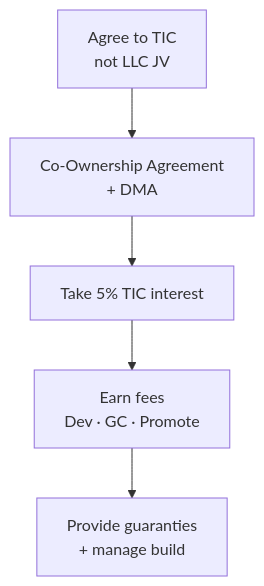
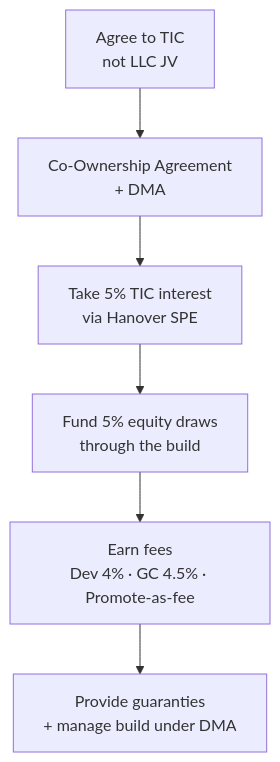
The fifth of 6 diagrams in North_Forsyth_1031_Diagrams.md (EthanCow/North-Forsyth-1031-Diagrams), drawn with Mermaid before and after one commit. The commit also changed other lines of this file and 1 other file, not shown here.

First line of the commit message:
Correct funding flow and Day 180 conveyance; add structure and liability detail.

````diff
--- a/North_Forsyth_1031_Diagrams.md
+++ b/North_Forsyth_1031_Diagrams.md
@@ -145,9 +210,10 @@
 ```mermaid
 flowchart TB
     H1["Agree to TIC\nnot LLC JV"]
     H2["Co-Ownership Agreement\n+ DMA"]
-    H3["Take 5% TIC interest"]
-    H4["Earn fees\nDev · GC · Promote"]
-    H5["Provide guaranties\n+ manage build"]
-    H1 --> H2 --> H3 --> H4 --> H5
+    H3["Take 5% TIC interest\nvia Hanover SPE"]
+    H4["Fund 5% equity draws\nthrough the build"]
+    H5["Earn fees\nDev 4% · GC 4.5% · Promote-as-fee"]
+    H6["Provide guaranties\n+ manage build under DMA"]
+    H1 --> H2 --> H3 --> H4 --> H5 --> H6
 ```
````
